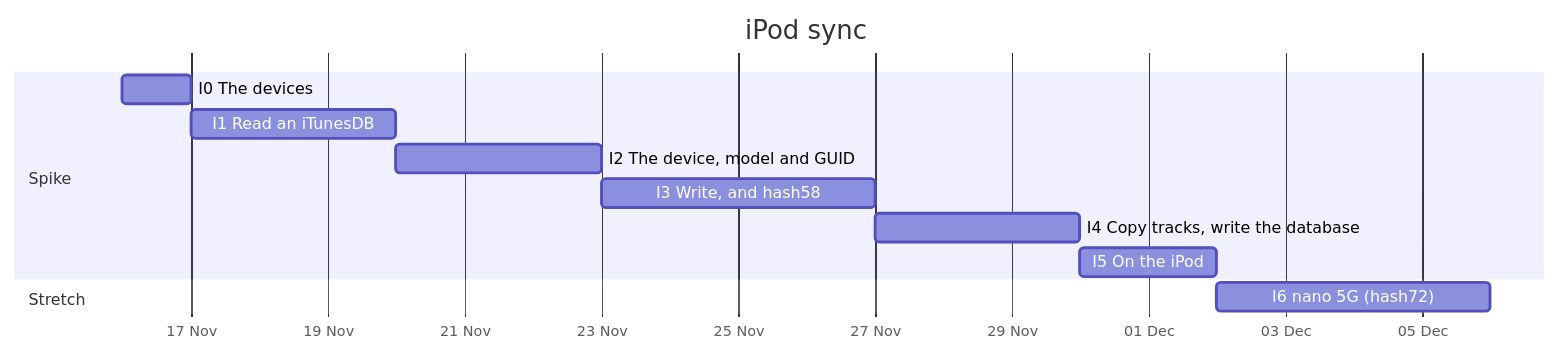
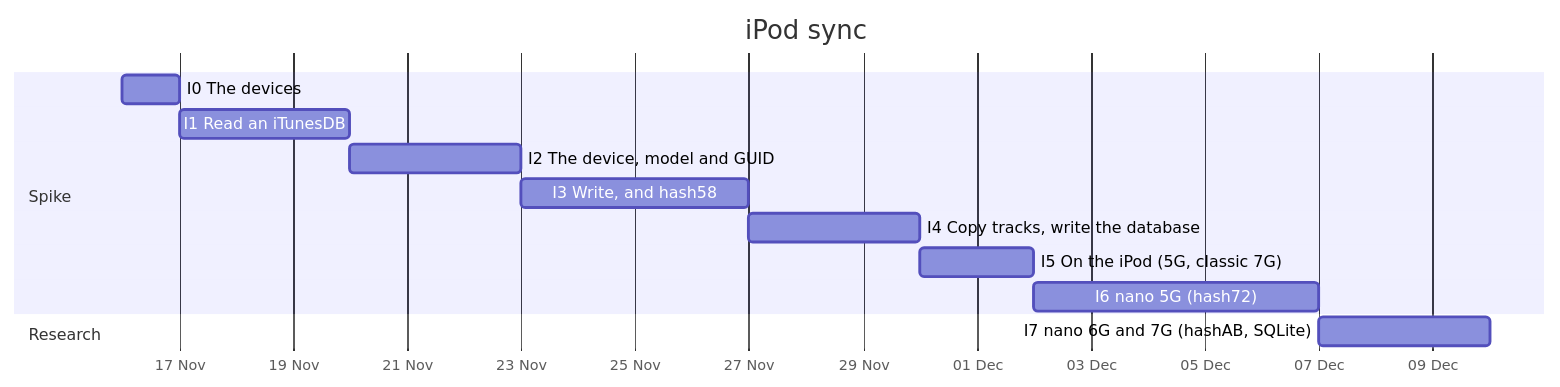
The diagram in ROADMAP/2026-11-14/ipod-sync.md (jgermade/jackbird), drawn with Mermaid before and after one commit. The commit also changed other lines of this file and 1 other file, not shown here.

First line of the commit message:
docs: reorder the iPod sync spike around the owner's devices

````diff
--- a/ROADMAP/2026-11-14/ipod-sync.md
+++ b/ROADMAP/2026-11-14/ipod-sync.md
@@ -11,15 +12,16 @@
 ```mermaid
 gantt
   title iPod sync
   dateFormat YYYY-MM-DD
   axisFormat %d %b
   section Spike
     I0 The devices                    :i0, 2026-11-16, 1d
     I1 Read an iTunesDB               :i1, after i0, 3d
     I2 The device, model and GUID     :i2, after i1, 3d
     I3 Write, and hash58              :i3, after i2, 4d
     I4 Copy tracks, write the database :i4, after i3, 3d
-    I5 On the iPod                    :i5, after i4, 2d
-  section Stretch
-    I6 nano 5G (hash72)               :i6, after i5, 4d
+    I5 On the iPod (5G, classic 7G)   :i5, after i4, 2d
+    I6 nano 5G (hash72)               :i6, after i5, 5d
+  section Research
+    I7 nano 6G and 7G (hashAB, SQLite) :i7, after i6, 3d
 ```
````
